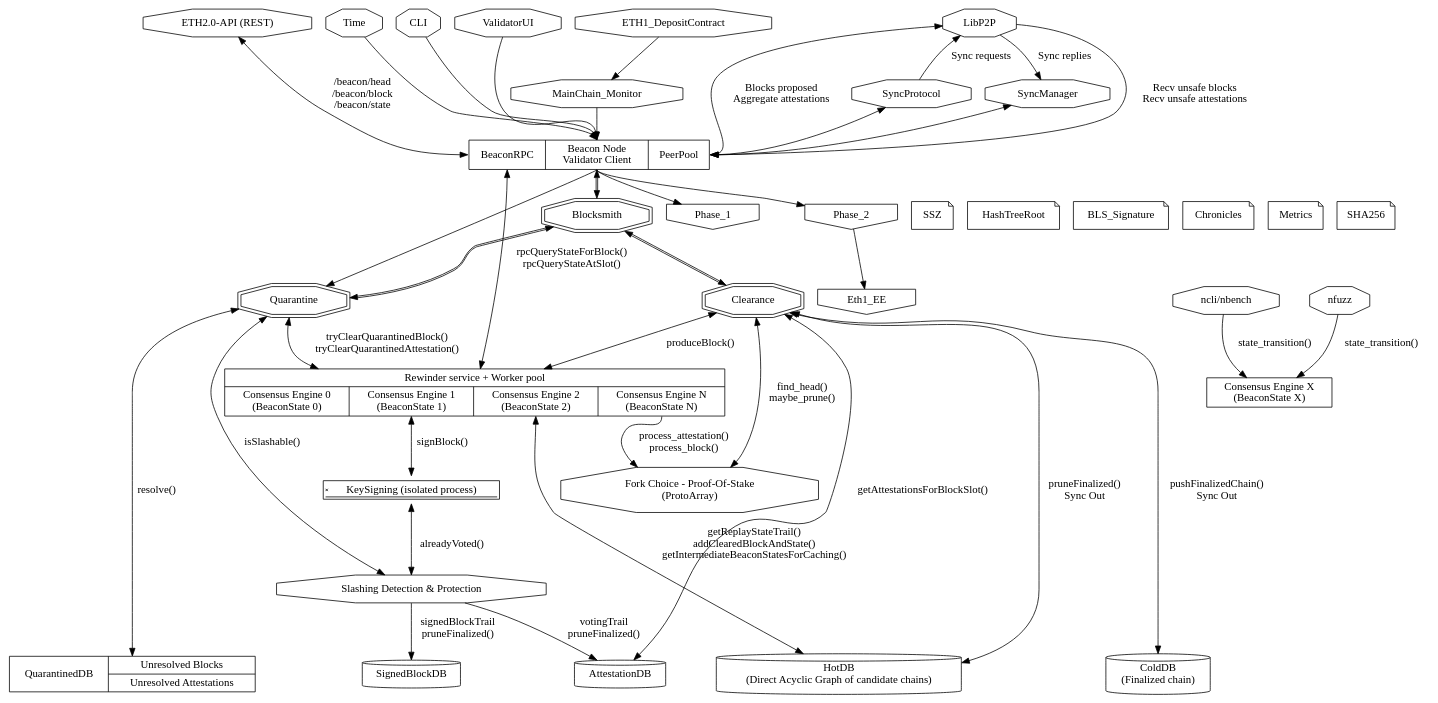
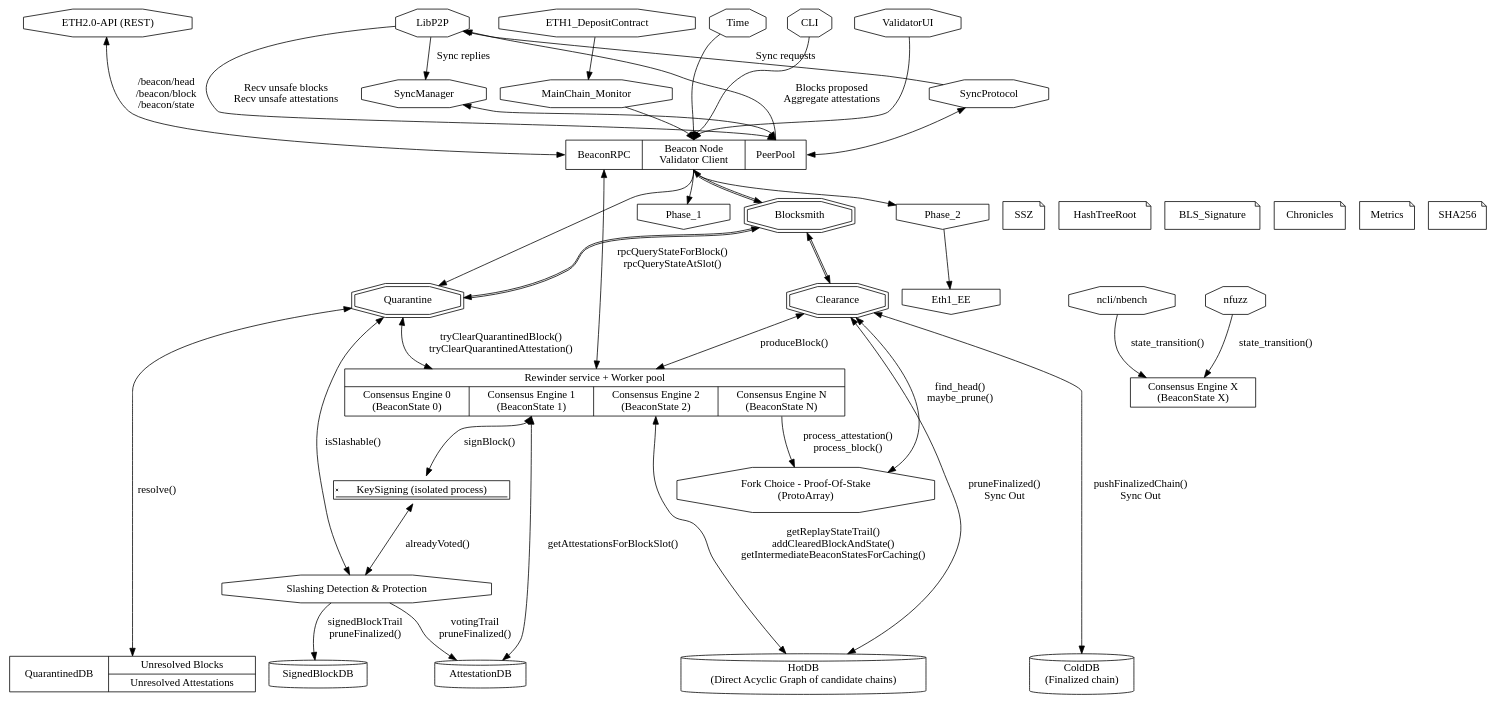
One commit to mratsim/blocksmith changed the diagram in architecture_phase0.dot. Above: the diagram before and after it, drawn with Graphviz. The commit also changed 4 other files, not shown here.

```diff
--- a/architecture_phase0.dot
+++ b/architecture_phase0.dot
@@ -1,86 +1,86 @@
 digraph architecture{
   node [shape = signature]; KeySigning [label="KeySigning (isolated process)"];
   node [shape = octagon]; SyncManager SyncProtocol MainChain_Monitor Time CLI ValidatorUI Slashing LibP2P ETH2_API ncli nfuzz ForkChoice;
   ETH2_API [label="ETH2.0-API (REST)"];
   Slashing [label="Slashing Detection & Protection"];
   ForkChoice [label="Fork Choice - Proof-Of-Stake\n(ProtoArray)"];
   {rank = source; ETH1_DepositContract LibP2P ETH2_API CLI Time ValidatorUI;}
 
   node [shape = record] BeaconNode;
   BeaconNode [label="<rpc> BeaconRPC | <nbc> Beacon Node \n Validator Client | <PeerPool>PeerPool"]
 
   ncli [label="ncli/nbench"];
   {rank = same; ncli; nfuzz;}
 
   node [shape = doubleoctagon]; Blocksmith Quarantine Clearance;
   node [shape = invhouse]; Phase_1 Phase_2 Eth1_EE;
   node [shape = note] SSZ HashTreeRoot BLS_Signature Chronicles Metrics SHA256
   {rank = same; Blocksmith Phase_1 Phase_2 SSZ HashTreeRoot BLS_Signature Chronicles Metrics SHA256;}
 
   BeaconNode:nbc -> Phase_1
   BeaconNode:nbc -> Phase_2
   Phase_2 -> Eth1_EE
 
   node [shape = record]; QuarantinedDB;
   QuarantinedDB [label="QuarantinedDB | {Unresolved Blocks | Unresolved Attestations}"];
 
   node [shape = record]; Rewinder;
   node [shape = box]; BeaconState_X;
   BeaconState_X [label="Consensus Engine X\n(BeaconState X)"]
 
   Rewinder [label="{Rewinder service + Worker pool|{<bs0>Consensus Engine 0\n(BeaconState 0)|<bs1>Consensus Engine 1\n(BeaconState 1)|<bs2>Consensus Engine 2\n(BeaconState 2)|<bsN>Consensus Engine N\n(BeaconState N)}}"];
   {rank = same; Rewinder BeaconState_X;}
 
   node [shape = cylinder]; AttestationDB HotDB ColdDB;
   {rank = sink; AttestationDB SignedBlockDB HotDB ColdDB QuarantinedDB;}
   HotDB [label="HotDB\n(Direct Acyclic Graph of candidate chains)"]
   ColdDB [label="ColdDB\n(Finalized chain)"]
 
   {rank = same; MainChain_Monitor SyncManager SyncProtocol;}
   ETH1_DepositContract -> MainChain_Monitor
   MainChain_Monitor -> BeaconNode:nbc
 
   SyncManager -> BeaconNode:PeerPool [dir=both]
   SyncProtocol -> BeaconNode:PeerPool [dir=both]
 
   CLI -> BeaconNode:nbc
   ValidatorUI -> BeaconNode:nbc
   Time -> BeaconNode:nbc
   BeaconNode:nbc -> Blocksmith [dir=both color="black:black"]
   BeaconNode:nbc -> Quarantine
   Blocksmith -> Quarantine [dir=both color="black:black"]
   Blocksmith -> Clearance [dir=both color="black:black"]
   Quarantine -> QuarantinedDB [dir=both label="resolve()"]
 
   ncli -> BeaconState_X [label="state_transition()"]
   nfuzz -> BeaconState_X [label="state_transition()"]
 
   SyncProtocol -> LibP2P [label="Sync requests"]
   LibP2P -> SyncManager [label="Sync replies"]
 
   LibP2P -> BeaconNode:PeerPool [label="Recv unsafe blocks\nRecv unsafe attestations"]
   BeaconNode:PeerPool -> LibP2P [label="Blocks proposed\nAggregate attestations"]
   ETH2_API -> BeaconNode:rpc [dir="both", label="/beacon/head\n/beacon/block\n/beacon/state"]
 
   BeaconNode:rpc -> Rewinder [dir="both", label="rpcQueryStateForBlock()\nrpcQueryStateAtSlot()"]
 
   Clearance -> ForkChoice [dir="both", label="find_head()\nmaybe_prune()"]
   Rewinder:bsN -> ForkChoice [label="process_attestation()\nprocess_block()"]
 
   Quarantine -> Slashing [dir="both", label="isSlashable()"]
   Rewinder:bs1 -> KeySigning [dir="both", label="signBlock()"]
   KeySigning -> Slashing [dir="both", label="alreadyVoted()"]
   Slashing -> AttestationDB [label="votingTrail\npruneFinalized()"]
   Slashing -> SignedBlockDB [label="signedBlockTrail\npruneFinalized()"]
-  Clearance -> AttestationDB [dir="both", label="getAttestationsForBlockSlot()"]
+  Rewinder:bs1 -> AttestationDB [dir="both", label="getAttestationsForBlockSlot()"]
 
   Clearance -> HotDB [dir="both", label="pruneFinalized()\nSync Out"]
 
   Rewinder:bs2 -> HotDB [dir="both", label="getReplayStateTrail()\naddClearedBlockAndState()\ngetIntermediateBeaconStatesForCaching()"]
 
   Quarantine -> Rewinder [dir="both", label="tryClearQuarantinedBlock()\ntryClearQuarantinedAttestation()"]
   Clearance -> Rewinder [dir="both", label="produceBlock()"]
 
 
   Clearance -> ColdDB [dir="both", label="pushFinalizedChain()\nSync Out"]
 }
```
